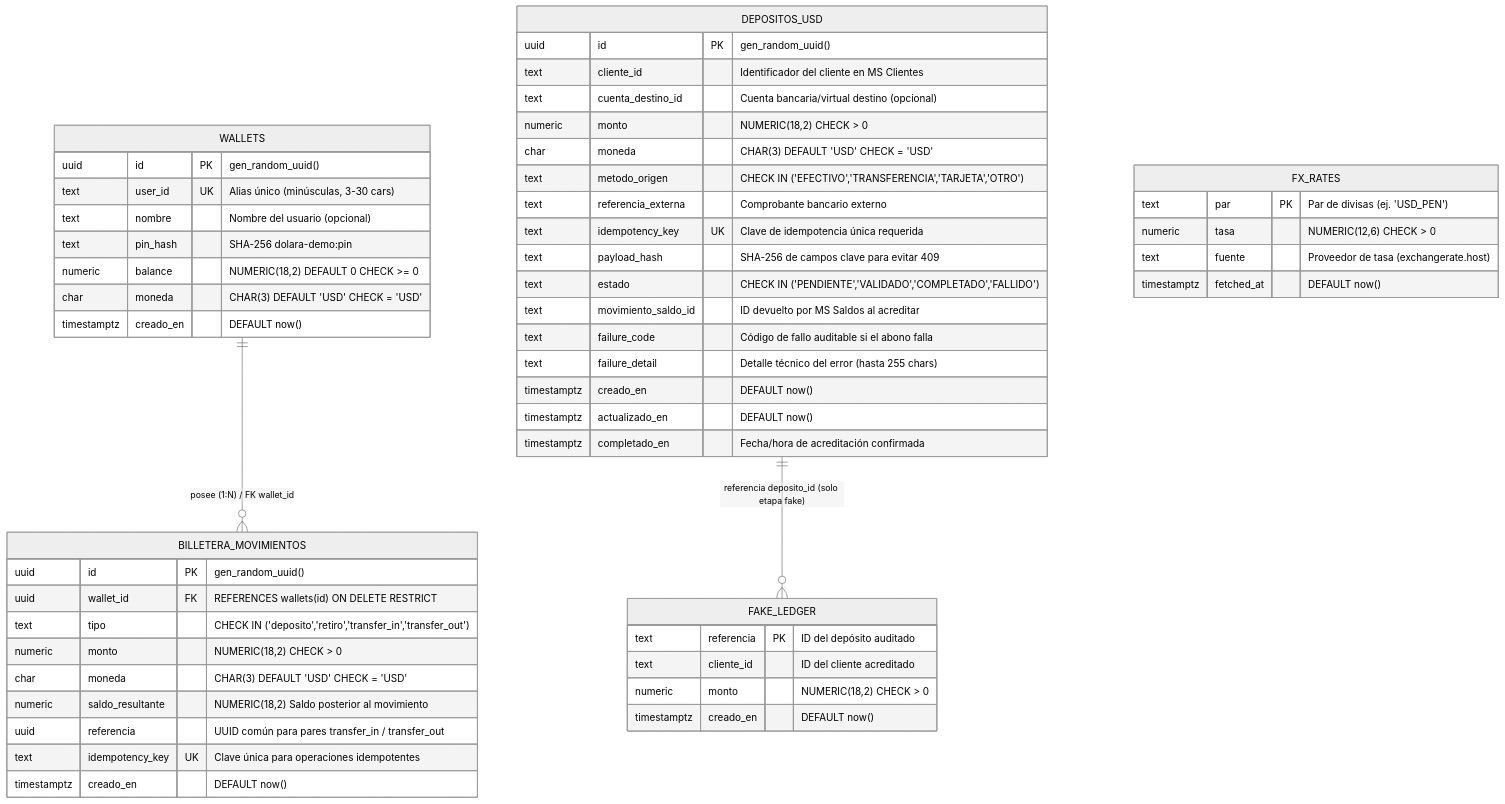
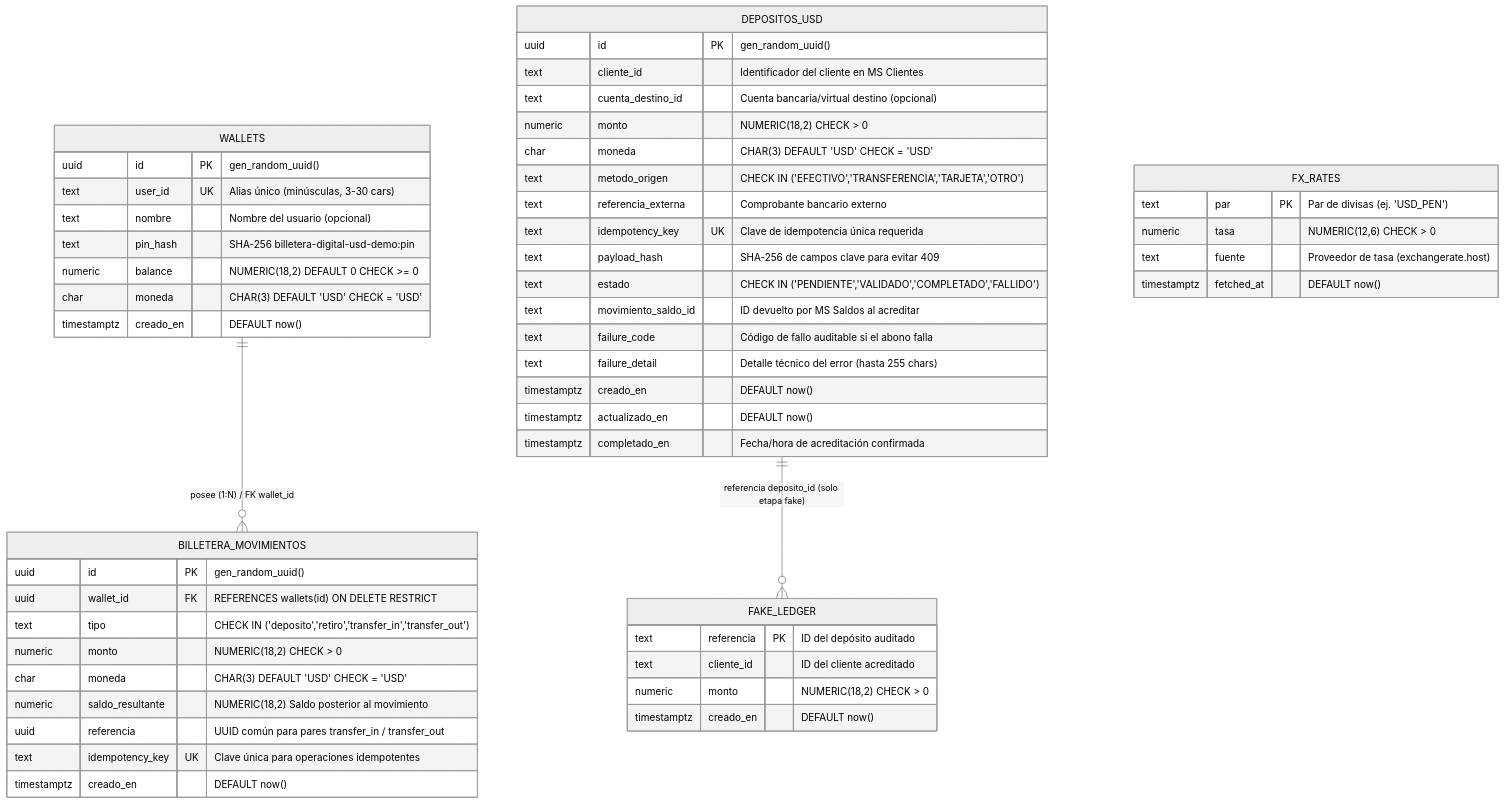
One commit to Sebitafx/dolara-billetera-usd changed the first of 4 diagrams in specs/001-billetera-usd/07_CASOS_DE_USO_Y_MODELO_DATOS.md. Above: the diagram before and after it, drawn with Mermaid (neutral theme). The commit also changed other lines of this file and 63 other files, not shown here.

Commit message:
feat: completar billetera USD y contrato de integración

````diff
--- a/specs/001-billetera-usd/07_CASOS_DE_USO_Y_MODELO_DATOS.md
+++ b/specs/001-billetera-usd/07_CASOS_DE_USO_Y_MODELO_DATOS.md
@@ -16,60 +16,60 @@
 ```mermaid
 erDiagram
     WALLETS ||--o{ BILLETERA_MOVIMIENTOS : "posee (1:N) / FK wallet_id"
     DEPOSITOS_USD ||--o{ FAKE_LEDGER : "referencia deposito_id (solo etapa fake)"
     
     WALLETS {
         uuid id PK "gen_random_uuid()"
         text user_id UK "Alias único (minúsculas, 3-30 cars)"
         text nombre "Nombre del usuario (opcional)"
-        text pin_hash "SHA-256 dolara-demo:pin"
+        text pin_hash "SHA-256 billetera-digital-usd-demo:pin"
         numeric balance "NUMERIC(18,2) DEFAULT 0 CHECK >= 0"
         char moneda "CHAR(3) DEFAULT 'USD' CHECK = 'USD'"
         timestamptz creado_en "DEFAULT now()"
     }
 
     BILLETERA_MOVIMIENTOS {
         uuid id PK "gen_random_uuid()"
         uuid wallet_id FK "REFERENCES wallets(id) ON DELETE RESTRICT"
         text tipo "CHECK IN ('deposito','retiro','transfer_in','transfer_out')"
         numeric monto "NUMERIC(18,2) CHECK > 0"
         char moneda "CHAR(3) DEFAULT 'USD' CHECK = 'USD'"
         numeric saldo_resultante "NUMERIC(18,2) Saldo posterior al movimiento"
         uuid referencia "UUID común para pares transfer_in / transfer_out"
         text idempotency_key UK "Clave única para operaciones idempotentes"
         timestamptz creado_en "DEFAULT now()"
     }
 
     DEPOSITOS_USD {
         uuid id PK "gen_random_uuid()"
         text cliente_id "Identificador del cliente en MS Clientes"
         text cuenta_destino_id "Cuenta bancaria/virtual destino (opcional)"
         numeric monto "NUMERIC(18,2) CHECK > 0"
         char moneda "CHAR(3) DEFAULT 'USD' CHECK = 'USD'"
         text metodo_origen "CHECK IN ('EFECTIVO','TRANSFERENCIA','TARJETA','OTRO')"
         text referencia_externa "Comprobante bancario externo"
         text idempotency_key UK "Clave de idempotencia única requerida"
         text payload_hash "SHA-256 de campos clave para evitar 409"
         text estado "CHECK IN ('PENDIENTE','VALIDADO','COMPLETADO','FALLIDO')"
         text movimiento_saldo_id "ID devuelto por MS Saldos al acreditar"
         text failure_code "Código de fallo auditable si el abono falla"
         text failure_detail "Detalle técnico del error (hasta 255 chars)"
         timestamptz creado_en "DEFAULT now()"
         timestamptz actualizado_en "DEFAULT now()"
         timestamptz completado_en "Fecha/hora de acreditación confirmada"
     }
 
     FAKE_LEDGER {
         text referencia PK "ID del depósito auditado"
         text cliente_id "ID del cliente acreditado"
         numeric monto "NUMERIC(18,2) CHECK > 0"
         timestamptz creado_en "DEFAULT now()"
     }
 
     FX_RATES {
         text par PK "Par de divisas (ej. 'USD_PEN')"
         numeric tasa "NUMERIC(12,6) CHECK > 0"
         text fuente "Proveedor de tasa (exchangerate.host)"
         timestamptz fetched_at "DEFAULT now()"
     }
 ```
````
